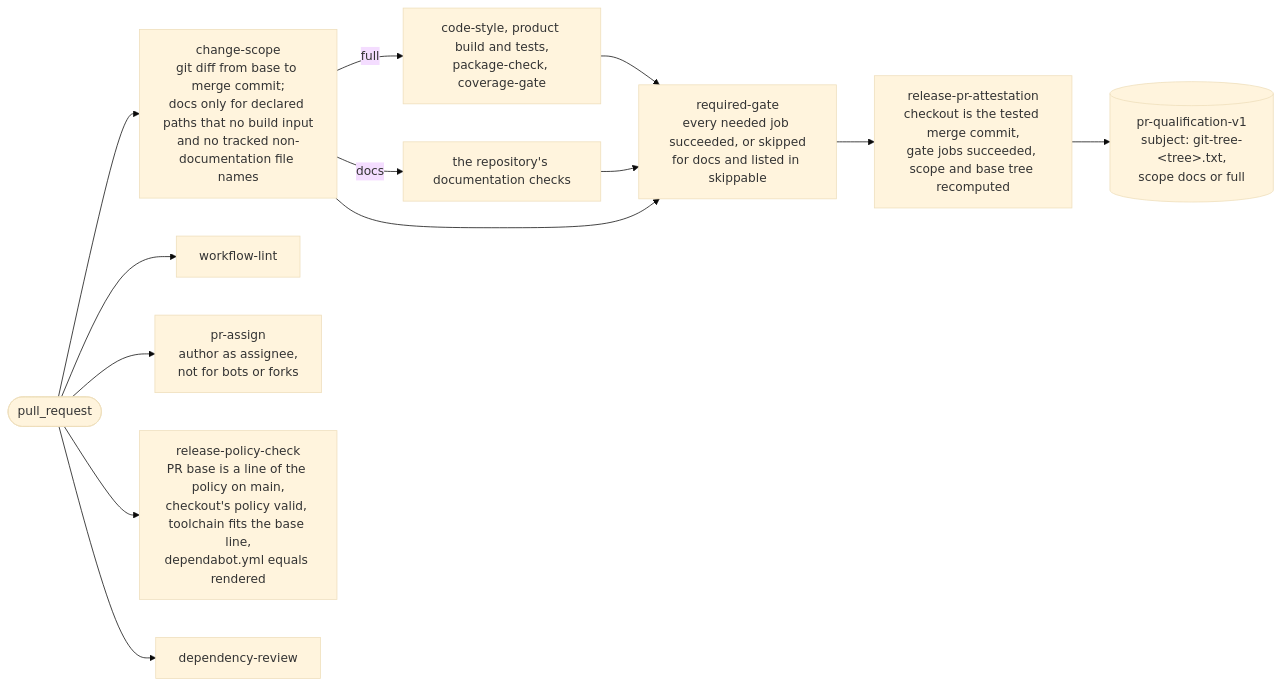
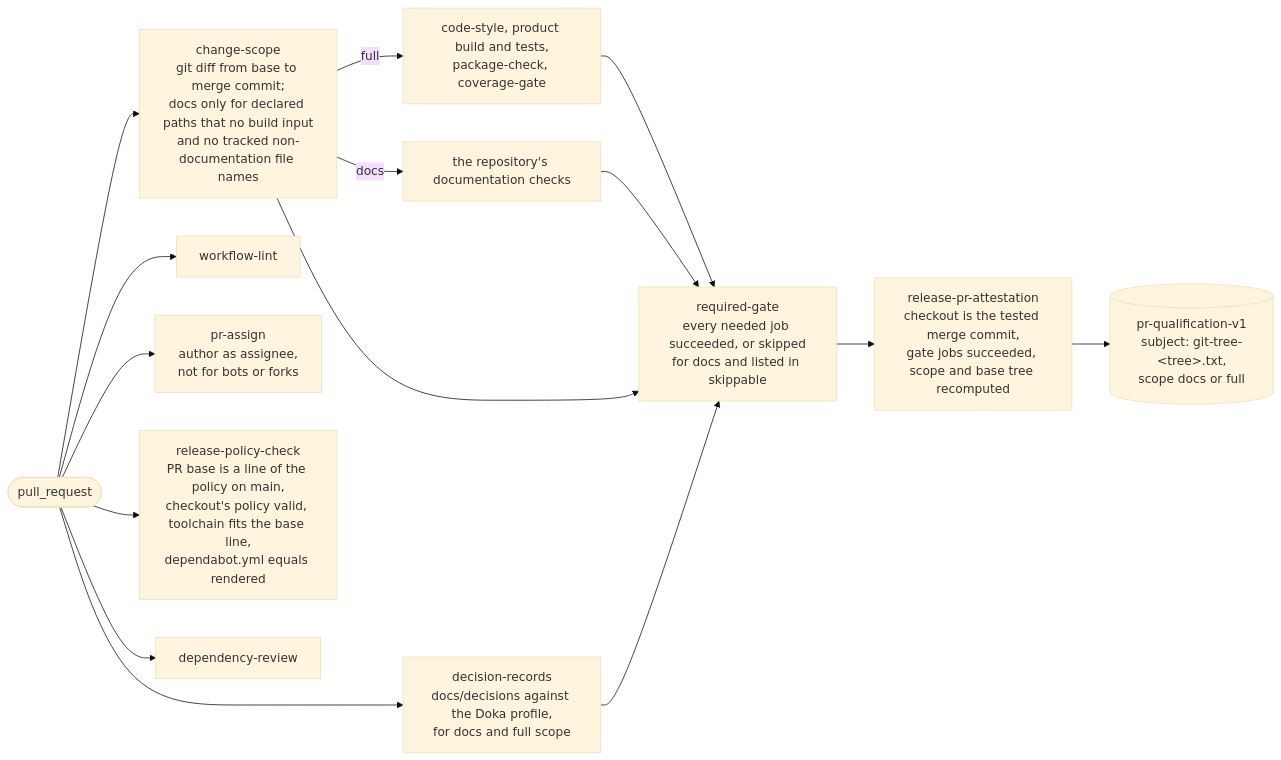
Before and after one commit to doka-labs/workflows: the fifth of 19 diagrams in docs/overview.md, drawn with Mermaid (base theme). The commit also changed other lines of this file and 3 other files, not shown here.

First line of the commit message:
feat(decision-records): hold decision records to the Doka profile (#10)

````diff
--- a/docs/overview.md
+++ b/docs/overview.md
@@ -160,15 +161,17 @@
 ```mermaid
 flowchart LR
   pr(["pull_request"]) --> scope["change-scope<br/>git diff from base to merge commit;<br/>docs only for declared paths that no build input<br/>and no tracked non-documentation file names"]
   pr --> lint["workflow-lint"]
   pr --> assign["pr-assign<br/>author as assignee,<br/>not for bots or forks"]
   pr --> check["release-policy-check<br/>PR base is a line of the policy on main,<br/>checkout's policy valid, toolchain fits the base line,<br/>dependabot.yml equals rendered"]
   pr --> review["dependency-review"]
+  pr --> adr["decision-records<br/>docs/decisions against the Doka profile,<br/>for docs and full scope"]
   scope -- full --> heavy["code-style, product build and tests,<br/>package-check, coverage-gate"]
   scope -- docs --> docs["the repository's documentation checks"]
   heavy --> req["required-gate<br/>every needed job succeeded, or skipped<br/>for docs and listed in skippable"]
   docs --> req
   scope --> req
+  adr --> req
   req --> prat["release-pr-attestation<br/>checkout is the tested merge commit,<br/>gate jobs succeeded, scope and base tree recomputed"]
   prat --> att[("pr-qualification-v1<br/>subject: git-tree-&lt;tree&gt;.txt,<br/>scope docs or full")]
 ```
````
